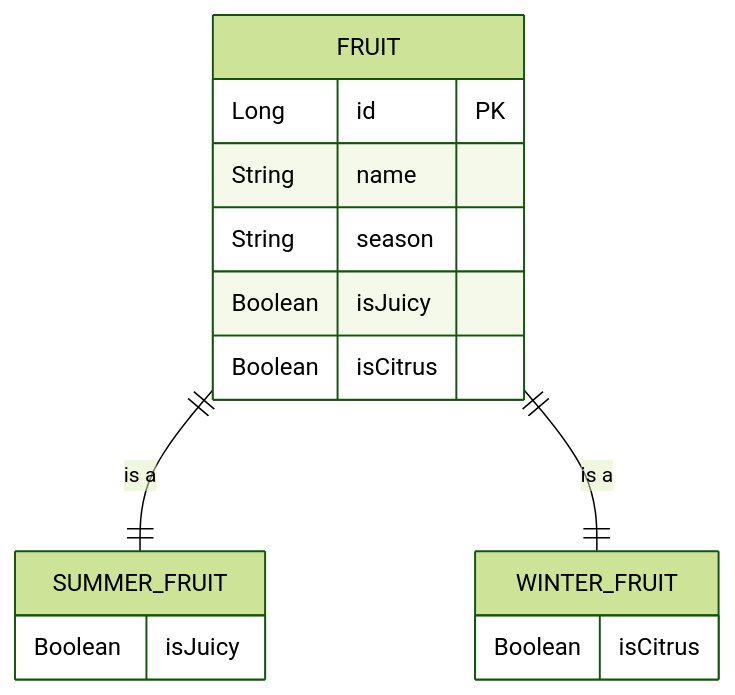
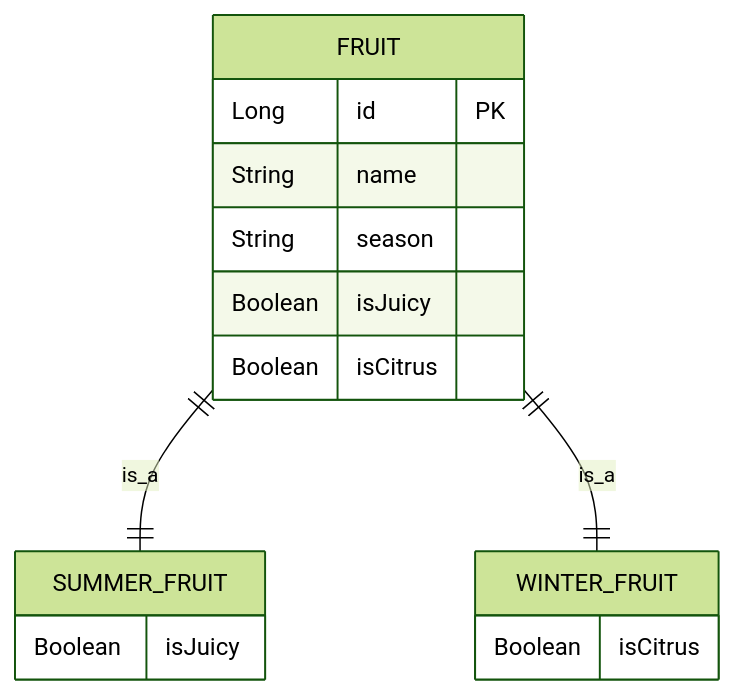
Before and after one commit to nitinkc/nitinkc.github.io: the fourth of 4 diagrams in _posts/microservices/2022-02-10-hibernate.md, drawn with Mermaid (forest theme). The commit also changed other lines of this file and 2 other files, not shown here.

Commit message:
Fix Mermaid ER diagrams: remove quoted field descriptions, normalize relationship labels, and ensure valid syntax across affected posts

````diff
--- a/_posts/microservices/2022-02-10-hibernate.md
+++ b/_posts/microservices/2022-02-10-hibernate.md
@@ -190,18 +190,18 @@
 ```mermaid!
 erDiagram
     FRUIT {
         Long id PK
         String name
         String season
         Boolean isJuicy
         Boolean isCitrus
     }
     SUMMER_FRUIT {
         Boolean isJuicy
     }
     WINTER_FRUIT {
         Boolean isCitrus
     }
-    FRUIT ||--|| SUMMER_FRUIT : "is a"
-    FRUIT ||--|| WINTER_FRUIT : "is a"
+    FRUIT ||--|| SUMMER_FRUIT : is_a
+    FRUIT ||--|| WINTER_FRUIT : is_a
 ```
````
